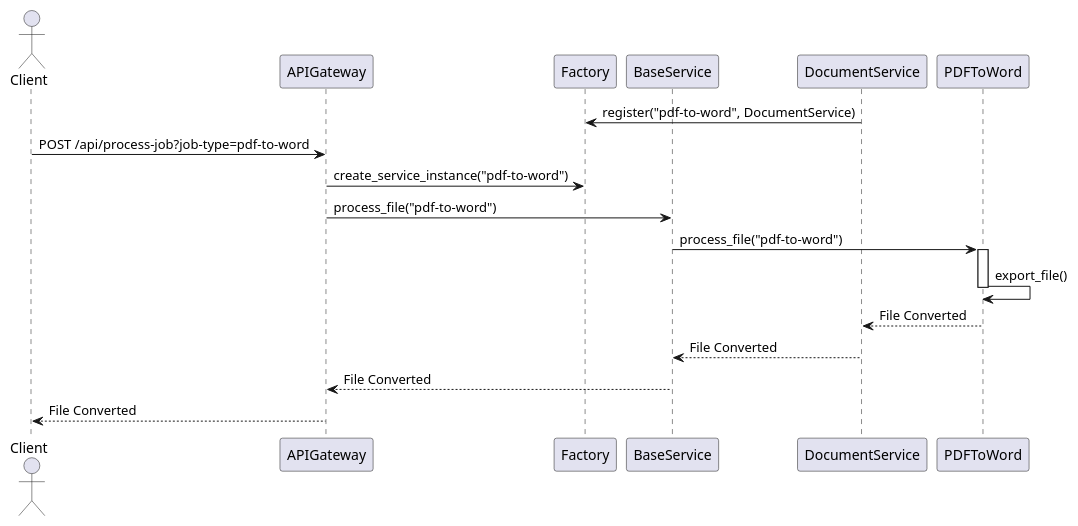
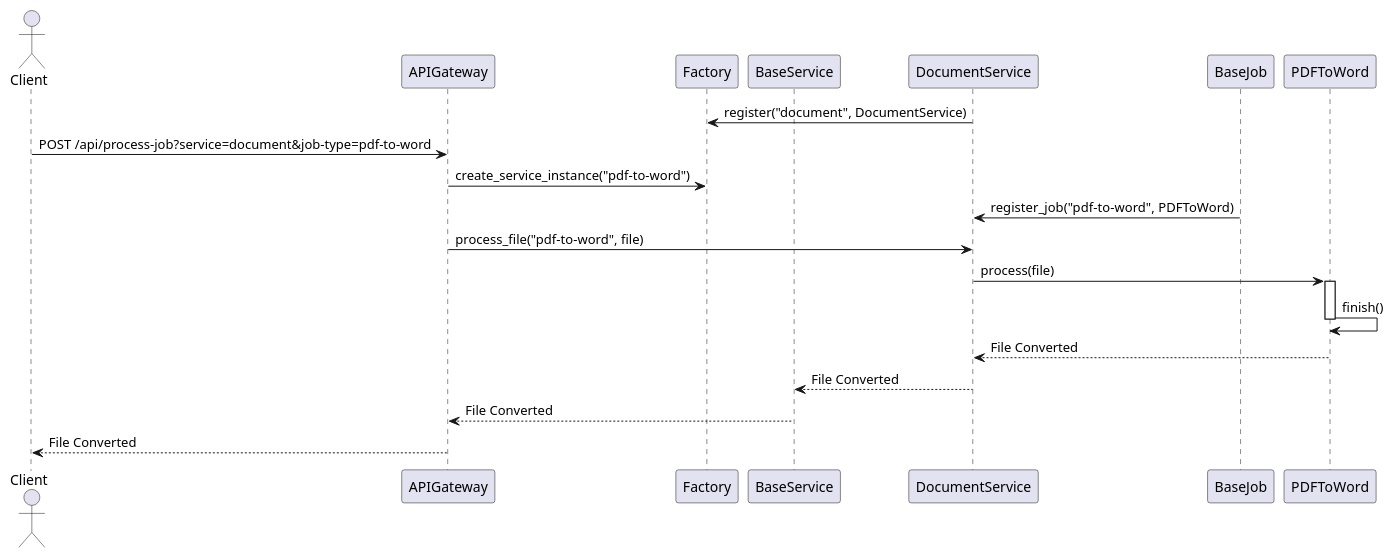
The diagram in docs/diagrams/sequence_diagram.puml (andresacg30/it-services), drawn with PlantUML before and after one commit. The commit also changed 25 other files, not shown here.

```diff
--- a/docs/diagrams/sequence_diagram.puml
+++ b/docs/diagrams/sequence_diagram.puml
@@ -1,25 +1,27 @@
 @startuml Sequence Diagram - PDF to Word Conversion
 
 actor Client
 participant APIGateway
 participant Factory
 participant BaseService
 participant DocumentService
+participant BaseJob
 participant PDFToWord
 
-DocumentService -> Factory: register("pdf-to-word", DocumentService)
-Client -> APIGateway: POST /api/process-job?job-type=pdf-to-word
+DocumentService -> Factory: register("document", DocumentService)
+Client -> APIGateway: POST /api/process-job?service=document&job-type=pdf-to-word
 APIGateway -> Factory: create_service_instance("pdf-to-word")
-APIGateway -> BaseService: process_file("pdf-to-word")
-BaseService -> PDFToWord: process_file("pdf-to-word")
+BaseJob -> DocumentService: register_job("pdf-to-word", PDFToWord)
+APIGateway -> DocumentService: process_file("pdf-to-word", file)
+DocumentService -> PDFToWord: process(file)
 
 activate PDFToWord
-PDFToWord -> PDFToWord: export_file()
+PDFToWord -> PDFToWord: finish()
 deactivate PDFToWord
 
 DocumentService <-- PDFToWord: File Converted
 BaseService <-- DocumentService: File Converted
 APIGateway <-- BaseService: File Converted
 Client <-- APIGateway: File Converted
 
 @enduml
```
